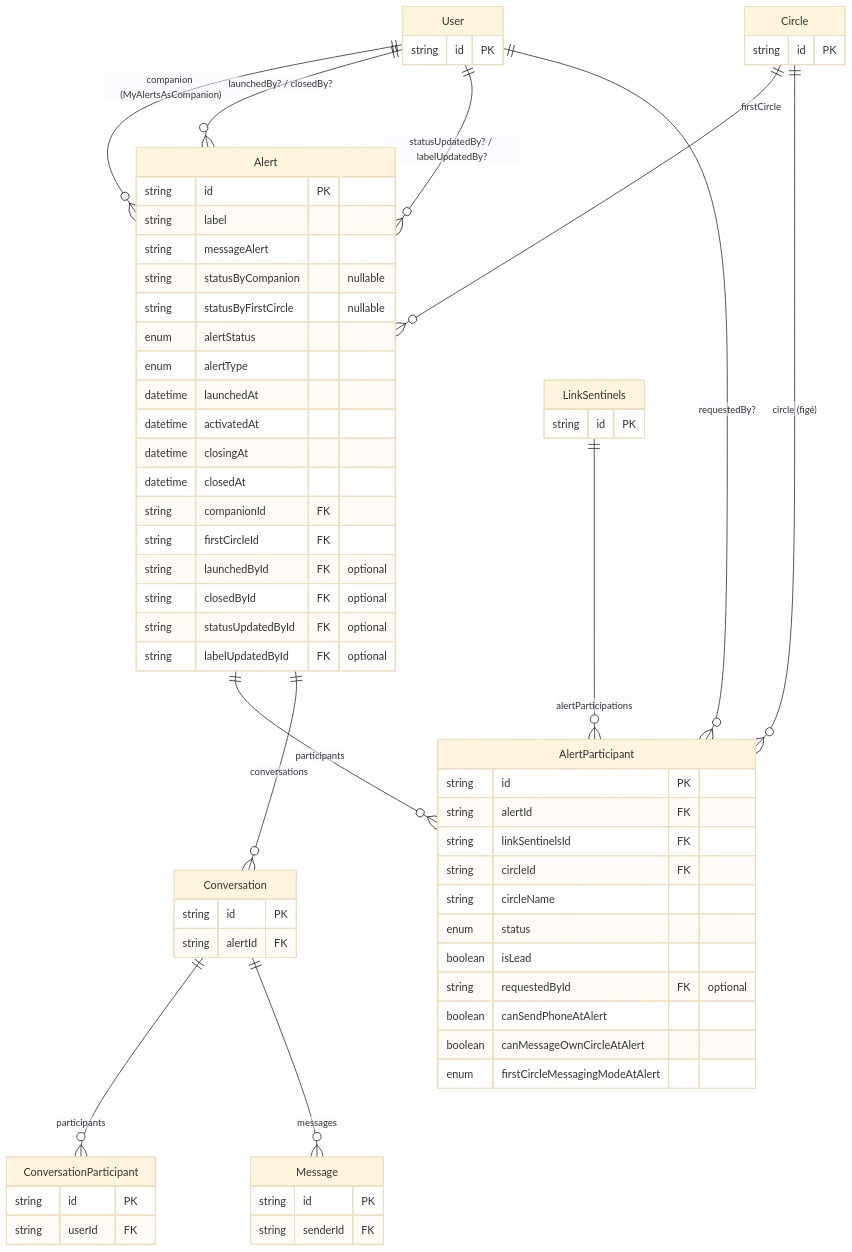
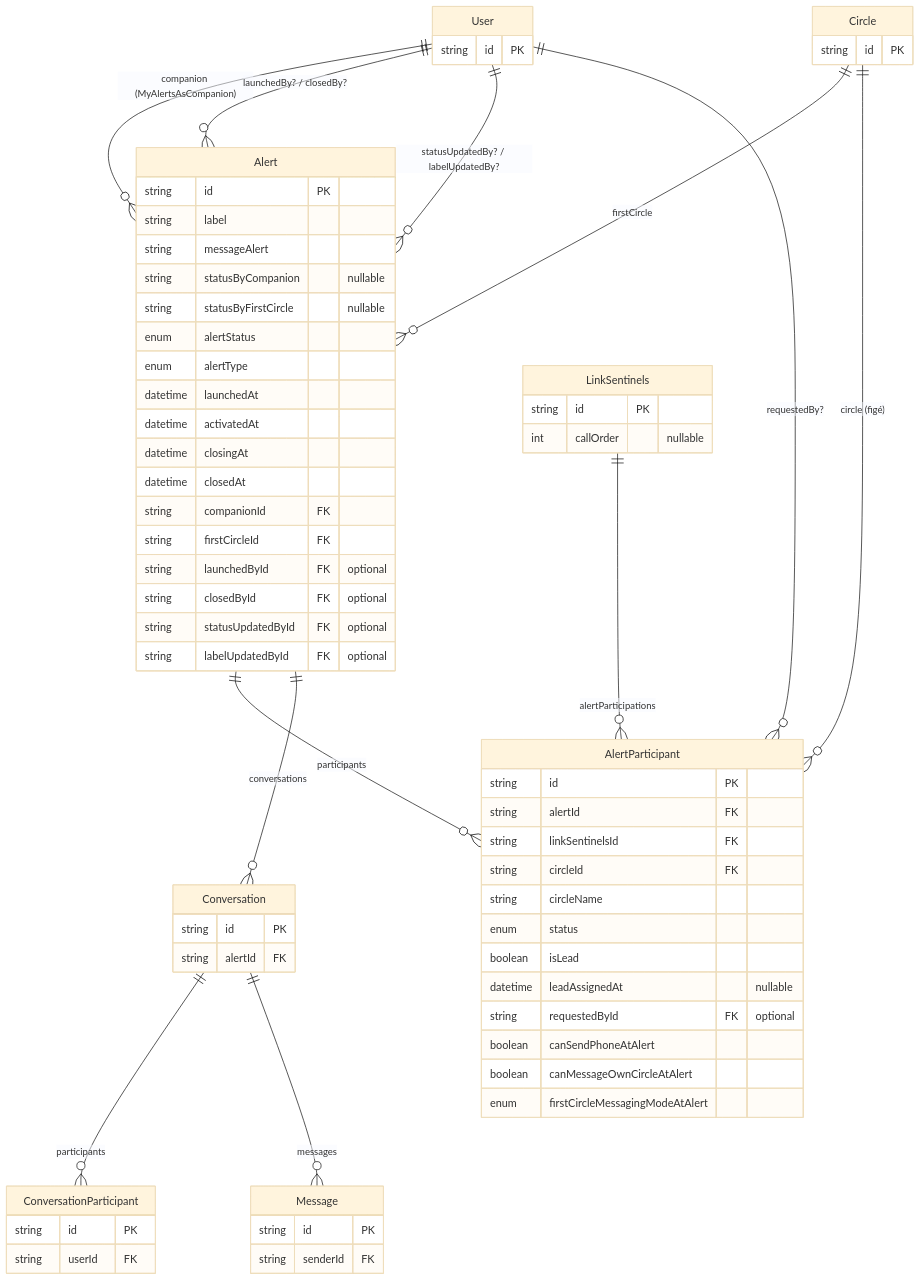
One commit to Sylvfo/MySentinelCircle changed the fifth of 5 diagrams in backend/prisma/DB_schema.md. Above: the diagram before and after it, drawn with Mermaid (base theme). The commit also changed other lines of this file and 16 other files, not shown here.

````diff
--- a/backend/prisma/DB_schema.md
+++ b/backend/prisma/DB_schema.md
@@ -346,68 +388,70 @@
 ```mermaid
 erDiagram
   User               ||--o{ Alert              : "companion (MyAlertsAsCompanion)"
   User               ||--o{ Alert              : "launchedBy? / closedBy?"
   User               ||--o{ Alert              : "statusUpdatedBy? / labelUpdatedBy?"
   User               ||--o{ AlertParticipant   : "requestedBy?"
   Circle             ||--o{ Alert              : "firstCircle"
   Circle             ||--o{ AlertParticipant   : "circle (figé)"
   Alert              ||--o{ AlertParticipant   : "participants"
   Alert              ||--o{ Conversation       : "conversations"
   LinkSentinels      ||--o{ AlertParticipant   : "alertParticipations"
   Conversation        ||--o{ ConversationParticipant : "participants"
   Conversation        ||--o{ Message           : "messages"
 
   User {
     string id PK
   }
   Circle {
     string id PK
   }
   Alert {
     string id PK
     string label
     string messageAlert
     string statusByCompanion "nullable"
     string statusByFirstCircle "nullable"
     enum   alertStatus
     enum   alertType
     datetime launchedAt
     datetime activatedAt
     datetime closingAt
     datetime closedAt
     string companionId FK
     string firstCircleId FK
     string launchedById FK "optional"
     string closedById FK "optional"
     string statusUpdatedById FK "optional"
     string labelUpdatedById FK "optional"
   }
   LinkSentinels {
     string id PK
+    int    callOrder "nullable"
   }
   AlertParticipant {
     string id PK
     string alertId FK
     string linkSentinelsId FK
     string circleId FK
     string circleName
     enum   status
     boolean isLead
+    datetime leadAssignedAt "nullable"
     string requestedById FK "optional"
     boolean canSendPhoneAtAlert
     boolean canMessageOwnCircleAtAlert
     enum   firstCircleMessagingModeAtAlert
   }
   Conversation {
     string id PK
     string alertId FK
   }
   ConversationParticipant {
     string id PK
     string userId FK
   }
   Message {
     string id PK
     string senderId FK
   }
 ```
````
